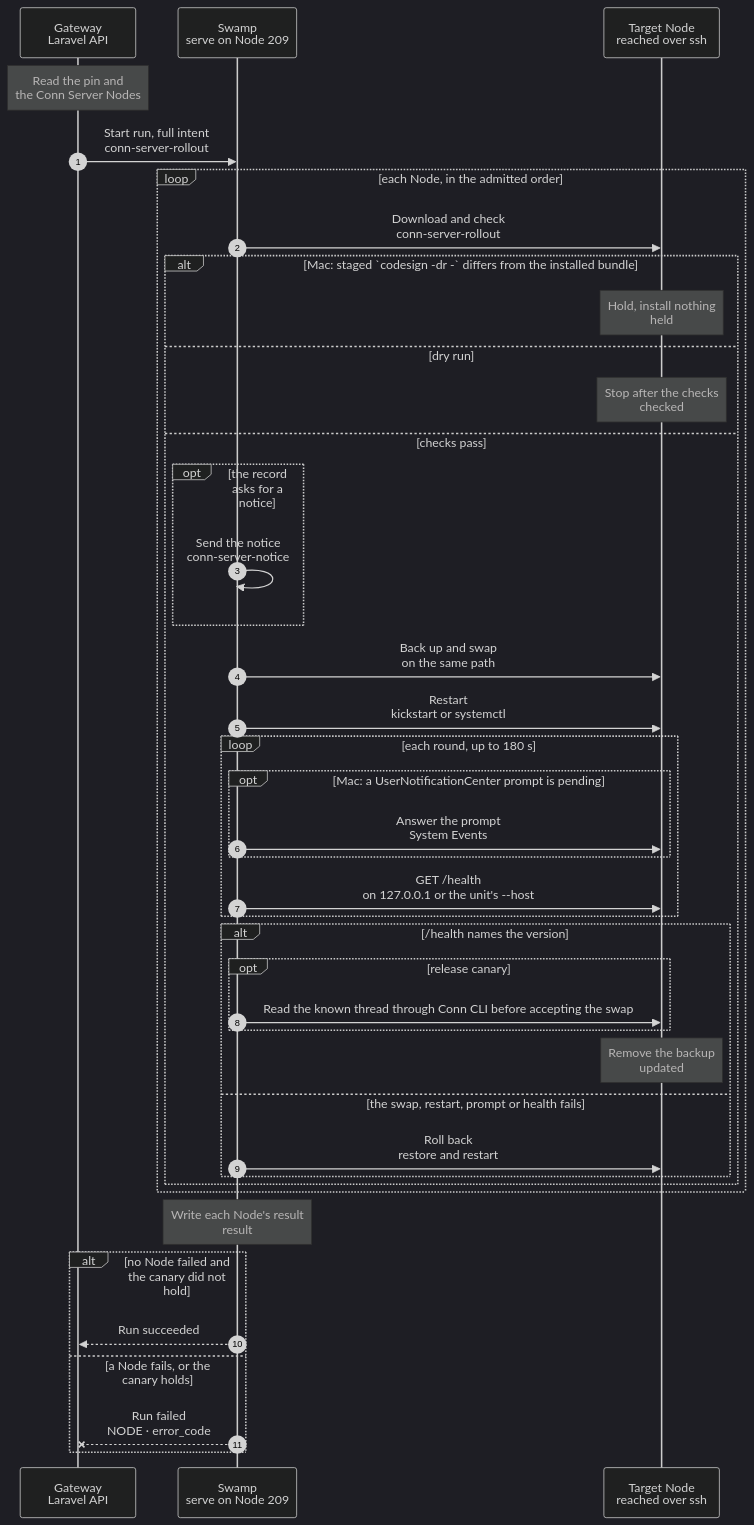
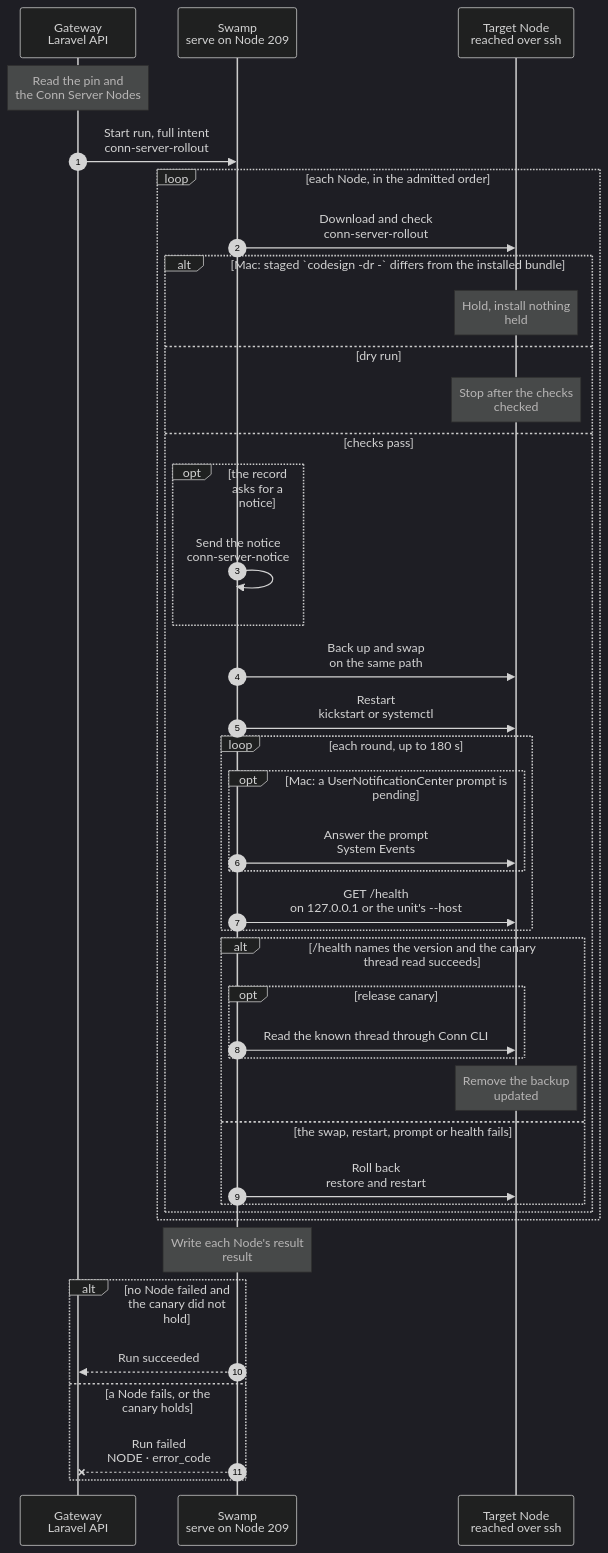
The diagram in docs/cli/fleet/conn-server-rollout.mmd (hardimpactdev/orbit), drawn with Mermaid (dark theme) before and after one commit. The commit also changed 19 other files, not shown here.

Commit message:
Verify and promote reviewed Conn Server release pins

```diff
--- a/docs/cli/fleet/conn-server-rollout.mmd
+++ b/docs/cli/fleet/conn-server-rollout.mmd
@@ -1,95 +1,95 @@
 sequenceDiagram
   %% One Ansible phase, conn-server-rollout.yml, visits the admitted Conn Server Nodes one at a time, in order. docs/reference/development-containers.md#conn-server-rollout.
   %% status: draft
   %% command: none · POST /api/v1/fleet/conn-server/rollout
   %% kind: fleet.conn_server_rollout
   autonumber
   %% lane GW icon=gateway pill=intent tone=blue
   %% lane SW icon=workflow pill=executes tone=green
   %% lane N icon=server pill=target tone=amber
   participant GW as Gateway<br/>Laravel API
   participant SW as Swamp<br/>serve on Node 209
   participant N as Target Node<br/>reached over ssh
   Note over GW: Read the pin and<br/>the Conn Server Nodes
   %%> When:
   %%> - an operator posts `{"dry_run", "scope"}` to `POST /api/v1/fleet/conn-server/rollout`; both are required, so no default reaches the whole fleet
   %%> - scope `nodes` also takes `node_ids`, one to four ids that each have a record, or a validation error; `node_ids` with another scope is refused
   %%> - the release fleet pass admits the dry run and real canary for a pin with release_canary, and waits for the thread read before converging Nodes
   %%> Requirements:
   %%> - the agent folder's `conn-server` pin names a `macos_arm64` app, or `conn_server.pin_unavailable`
   %%> - exactly one `conn_server_nodes` record is the canary, or `conn_server.canary_unset`
   %%> Picks:
-  %%> - scope `canary`: the canary alone; scope `fleet`: the canary, then the other records in Node order; scope `nodes`: the named records alone, in the request's order
+  %%> - scope `canary`: the canary alone; scope `fleet`: remaining records in Node order for a gated pin, otherwise canary first; scope `nodes`: the named records alone, in the request's order
   %%> - each record names platform, path, service, port, user and whether to notify before the restart; Nodes without one and container Conn Servers are out of scope
   GW->>SW: Start run, full intent<br/>conn-server-rollout
   %%> Input:
   %%> - version, dry run, the Linux tarball and macOS zip with their SHA-256, bundle id and team, the notice target, and each Node with its SSH target
   %%> Requirements:
-  %%> - at most four Nodes, so the 13,220 s deadline covers each Node's worst case and its rollback, or `conn_server.too_many_nodes`
+  %%> - at most four Nodes, so the 13,620 s deadline covers each Node's worst case and its rollback, or `conn_server.too_many_nodes`
   loop each Node, in the admitted order
     SW->>N: Download and check<br/>conn-server-rollout
     %%> What it does:
     %%> - Mac: `launchctl print gui/<uid>/<label>` checks the configured LaunchAgent before staging, including in a dry run, or `conn_server.service_not_loaded`
-    %%> - downloads the asset into a staging folder beside the install and checks its SHA-256, or `conn_server.hash_mismatch`
+    %%> - checks reachability, then downloads the asset into a staging folder beside the install and checks its SHA-256, or `conn_server.hash_mismatch`
     %%> - Mac: `codesign --verify --strict --deep`, the pin's `TeamIdentifier` and bundle id, or `conn_server.signature_invalid`, `team_mismatch`, `bundle_mismatch`
     %%> - Linux: the unit's `ExecStart` is `<current>/conn-server` and the tarball holds `conn-server-<X>-linux-x64/conn-server`, or `conn_server.layout_mismatch`
     %%> - Linux: `/health` on the unit's `--host`, or 127.0.0.1 when it has none or a wildcard, answers 200 with `server: conn-server` and a version, or `conn_server.health_unreachable`
     %%> - Mac: a direct `/health` read on 127.0.0.1 with proxies and redirects disabled requires HTTP 200, `server: conn-server` and a nonblank version string, or `conn_server.health_unreachable`
     alt Mac: staged `codesign -dr -` differs from the installed bundle
       Note over N: Hold, install nothing<br/>held
       %%> Why:
       %%> - a new designated requirement resets the TCC grants; a held canary stops the run, a held later Node does not
     else dry run
       Note over N: Stop after the checks<br/>checked
     else checks pass
       opt the record asks for a notice
         SW->>SW: Send the notice<br/>conn-server-notice
         %%> What it does:
         %%> - posts or runs `orbit.conn.server_rollout_notice` before anything changes; a failed notice fails the Node (`conn_server.notice_failed`)
         %%> - logs neither the URL, the command nor their output
       end
       SW->>N: Back up and swap<br/>on the same path
       %%> What it does:
       %%> - Mac: a new backup folder (`conn_server.backup_exists` when it exists), the installed bundle into it, the staged bundle onto the same path, so TCC grants stay
       %%> - Linux: a new `releases/<X>-<run>` folder, then `current` moves to it with one rename
       SW->>N: Restart<br/>kickstart or systemctl
       %%> What it does:
       %%> - Mac: `launchctl kickstart -k gui/<uid>/<label>`, never a start from the SSH session; Linux: restarts the unit
       %%> - never reads or prints a LaunchAgent plist; every command has a task timeout
       loop each round, up to 180 s
         opt Mac: a UserNotificationCenter prompt is pending
           SW->>N: Answer the prompt<br/>System Events
           %%> What it does:
           %%> - reads the prompt's static texts and clicks Allow only on a Conn Server prompt for an expected permission
           %%> - any other prompt fails the Node (`conn_server.unexpected_prompt`)
         end
         SW->>N: GET /health<br/>on 127.0.0.1 or the unit's --host
         %%> What it does:
         %%> - waits for `server: conn-server` and the pin's exact version
         %%> - Mac: uses the same direct probe and response checks as the preflight read
       end
-      alt /health names the version
+      alt /health names the version and the canary thread read succeeds
         opt release canary
-        SW->>N: Read the known thread through Conn CLI before accepting the swap
-      end
-      Note over N: Remove the backup<br/>updated
+          SW->>N: Read the known thread through Conn CLI
+        end
+        Note over N: Remove the backup<br/>updated
       else the swap, restart, prompt or health fails
         SW->>N: Roll back<br/>restore and restart
         %%> What it does:
         %%> - Mac: sets the new bundle aside, puts the backup back on the path and kickstarts again; Linux: points `current` back and restarts
         %%> - the Node fails with its cause, `conn_server.health_check_failed` when `/health` never names the version; `rolled_back` is true when health confirms the preflight version
       end
     end
   end
   Note over SW: Write each Node's result<br/>result
   alt no Node failed and the canary did not hold
     SW-->>GW: Run succeeded
     %%> Result:
     %%> - the Operation result lists each Node's outcome: `updated`, `checked` or `held`
   else a Node fails, or the canary holds
     SW--xGW: Run failed<br/>NODE · error_code
     %%> Result:
     %%> - `error_code` is `conn_server.node_failed`, or `conn_server.canary_held` when the canary held
     %%> Why stop:
     %%> - later Nodes are not visited and report `not_reached`, so one bad release reaches at most one Node
   end
```
